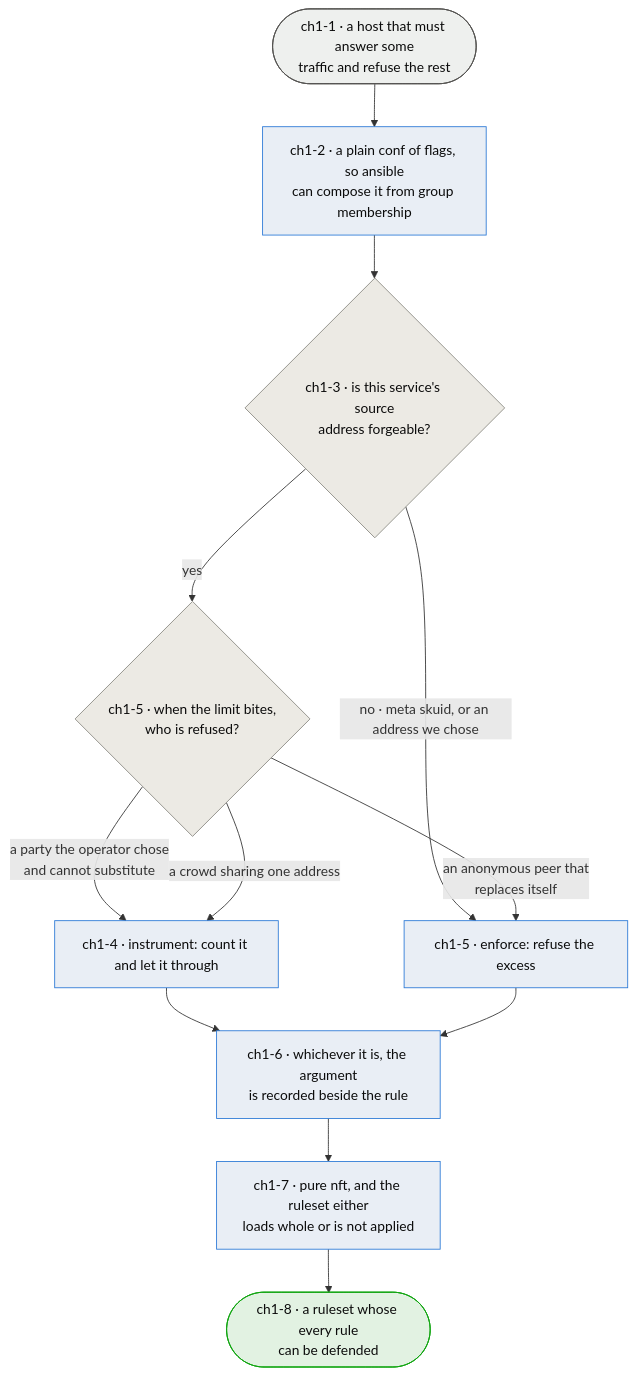
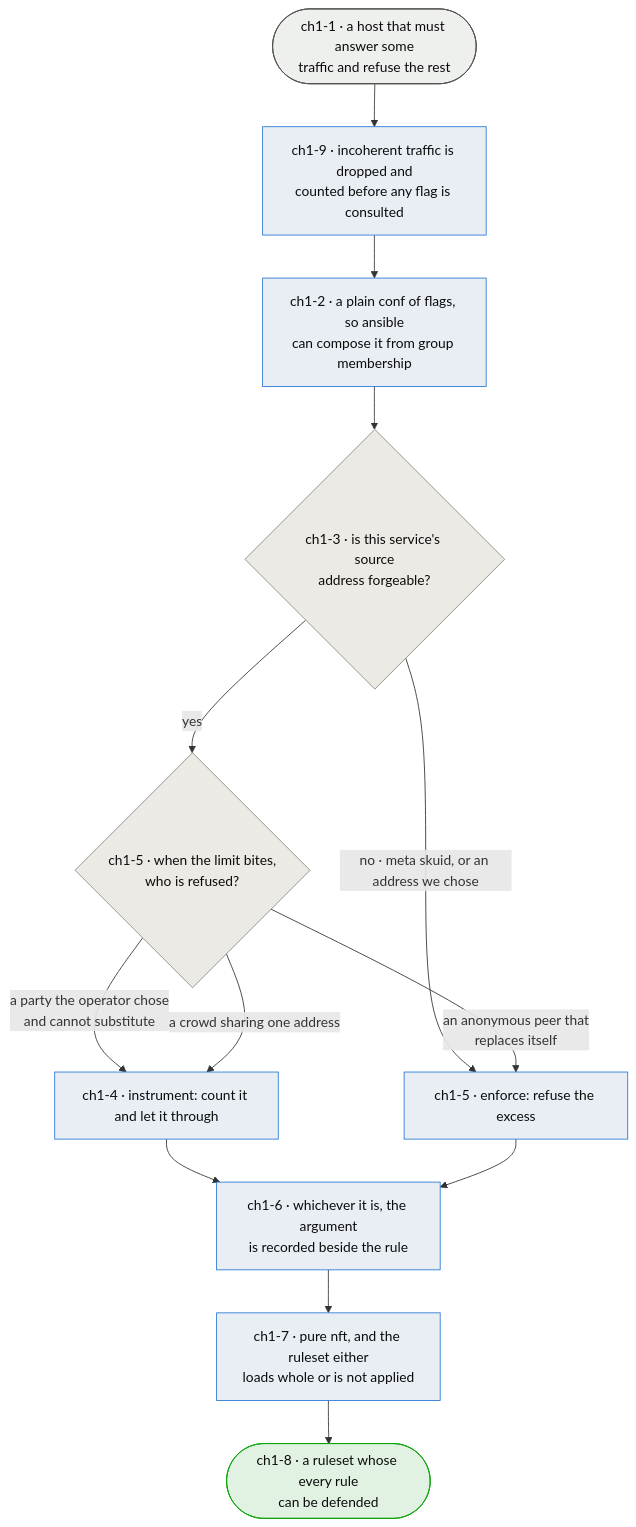
One commit to flattop5377/afirewall changed the diagram in spec/diagrams/chapter-01-rules.md. Above: the diagram before and after it, drawn with Mermaid. The commit also changed other lines of this file and 6 other files, not shown here.

````diff
--- a/spec/diagrams/chapter-01-rules.md
+++ b/spec/diagrams/chapter-01-rules.md
@@ -52,29 +52,31 @@
 ```mermaid
 flowchart TD
     NEED([ch1-1 · a host that must answer some<br/>traffic and refuse the rest]):::input
+    SANE[ch1-9 · incoherent traffic is dropped and<br/>counted before any flag is consulted]:::process
     CONF[ch1-2 · a plain conf of flags, so ansible<br/>can compose it from group membership]:::process
     SPOOFQ{ch1-3 · is this service's source<br/>address forgeable?}:::decision
     WHOQ{ch1-5 · when the limit bites,<br/>who is refused?}:::decision
     INSTR[ch1-4 · instrument: count it and let it through]:::process
     ENF[ch1-5 · enforce: refuse the excess]:::process
     WRITE[ch1-6 · whichever it is, the argument<br/>is recorded beside the rule]:::process
     NFT[ch1-7 · pure nft, and the ruleset either<br/>loads whole or is not applied]:::process
     OUT([ch1-8 · a ruleset whose every rule<br/>can be defended]):::output
 
-    NEED --> CONF
+    NEED --> SANE
+    SANE --> CONF
     CONF --> SPOOFQ
     SPOOFQ -->|no · meta skuid, or an address we chose| ENF
     SPOOFQ -->|yes| WHOQ
     WHOQ -->|a party the operator chose<br/>and cannot substitute| INSTR
     WHOQ -->|a crowd sharing one address| INSTR
     WHOQ -->|an anonymous peer that<br/>replaces itself| ENF
     INSTR --> WRITE
     ENF --> WRITE
     WRITE --> NFT
     NFT --> OUT
 
     classDef input fill:#eef0ee,stroke:#52514e,color:#0b0b0b;
     classDef process fill:#e9eef5,stroke:#2a78d6,color:#0b0b0b;
     classDef decision fill:#eceae4,stroke:#898781,color:#0b0b0b;
     classDef output fill:#e2f2e2,stroke:#0ca30c,color:#0b0b0b;
 ```
````
